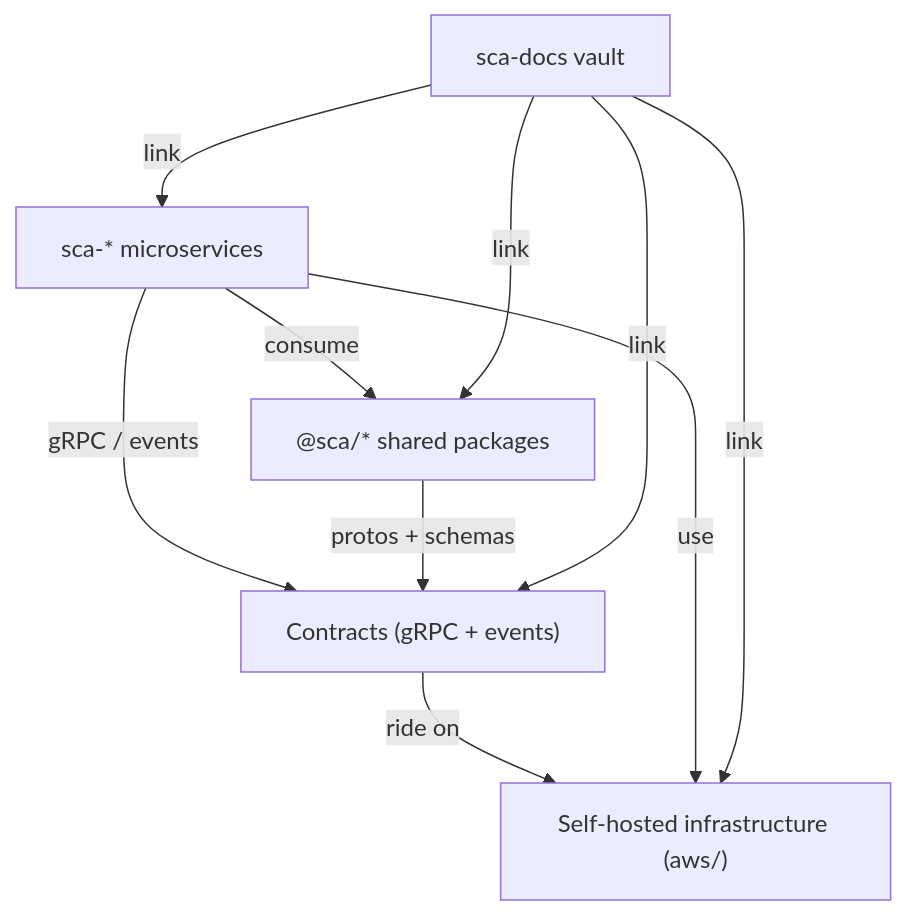
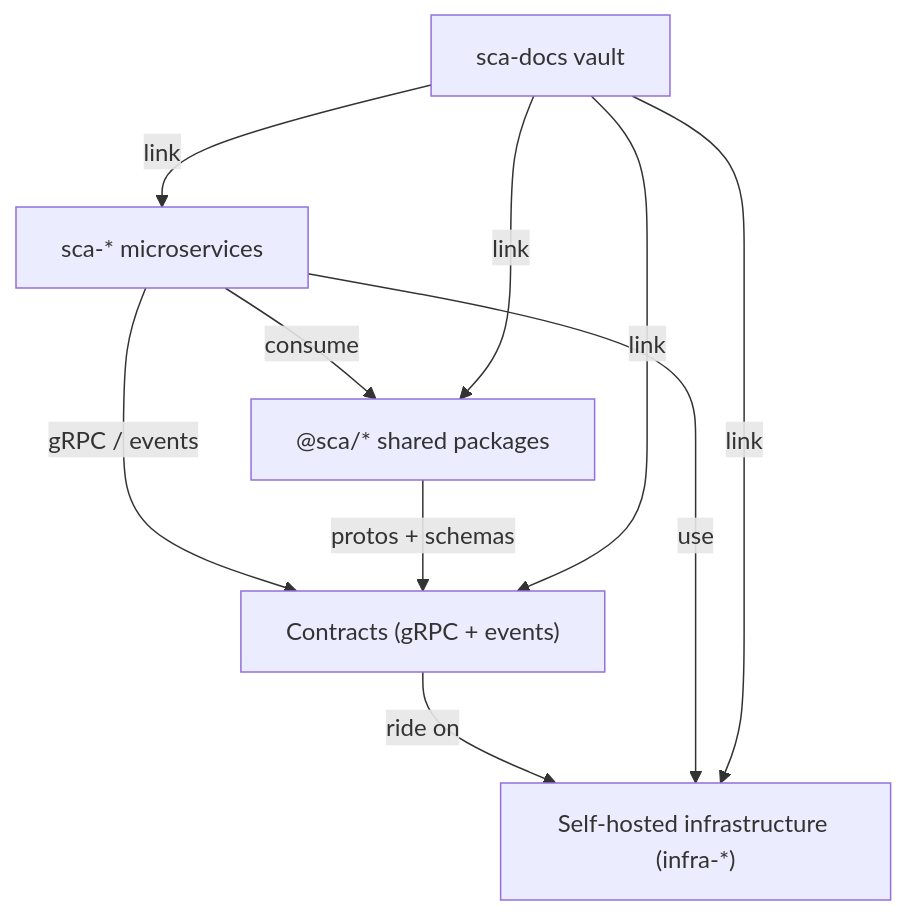
Before and after one commit to sca-templates/sca-docs: the diagram in 00-ecosystem/ecosystem-overview.md, drawn with Mermaid. The commit also changed other lines of this file and 10 other files, not shown here.

First line of the commit message:
docs(infra): replace aws repo with multiple infra-* repos

````diff
--- a/00-ecosystem/ecosystem-overview.md
+++ b/00-ecosystem/ecosystem-overview.md
@@ -19,15 +19,15 @@
 ```mermaid
 flowchart TB
     SVC["sca-* microservices"]
     SCM["@sca/* shared packages"]
     CTR["Contracts (gRPC + events)"]
-    INF["Self-hosted infrastructure (aws/)"]
+    INF["Self-hosted infrastructure (infra-*)"]
     DOC["sca-docs vault"]
 
     SVC -- "gRPC / events" --> CTR
     SVC -- "consume" --> SCM
     SCM -- "protos + schemas" --> CTR
     CTR -- "ride on" --> INF
     SVC -- "use" --> INF
     DOC -- "link" --> SVC & SCM & CTR & INF
 ```
````
